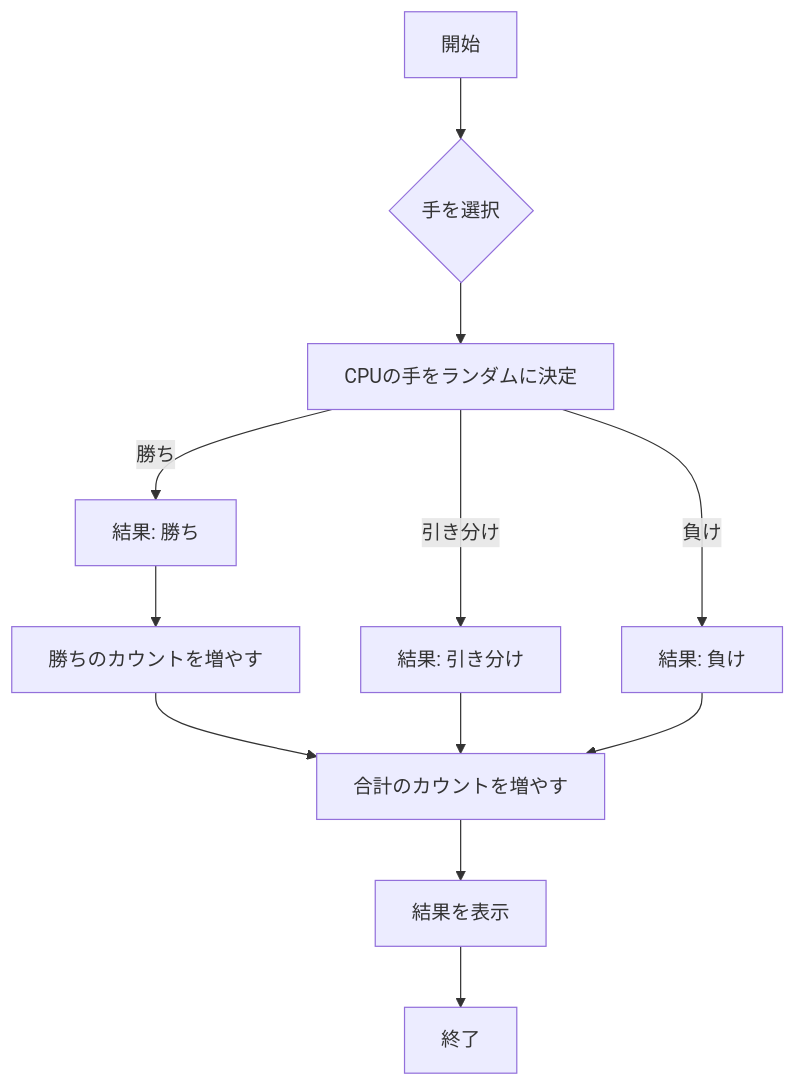
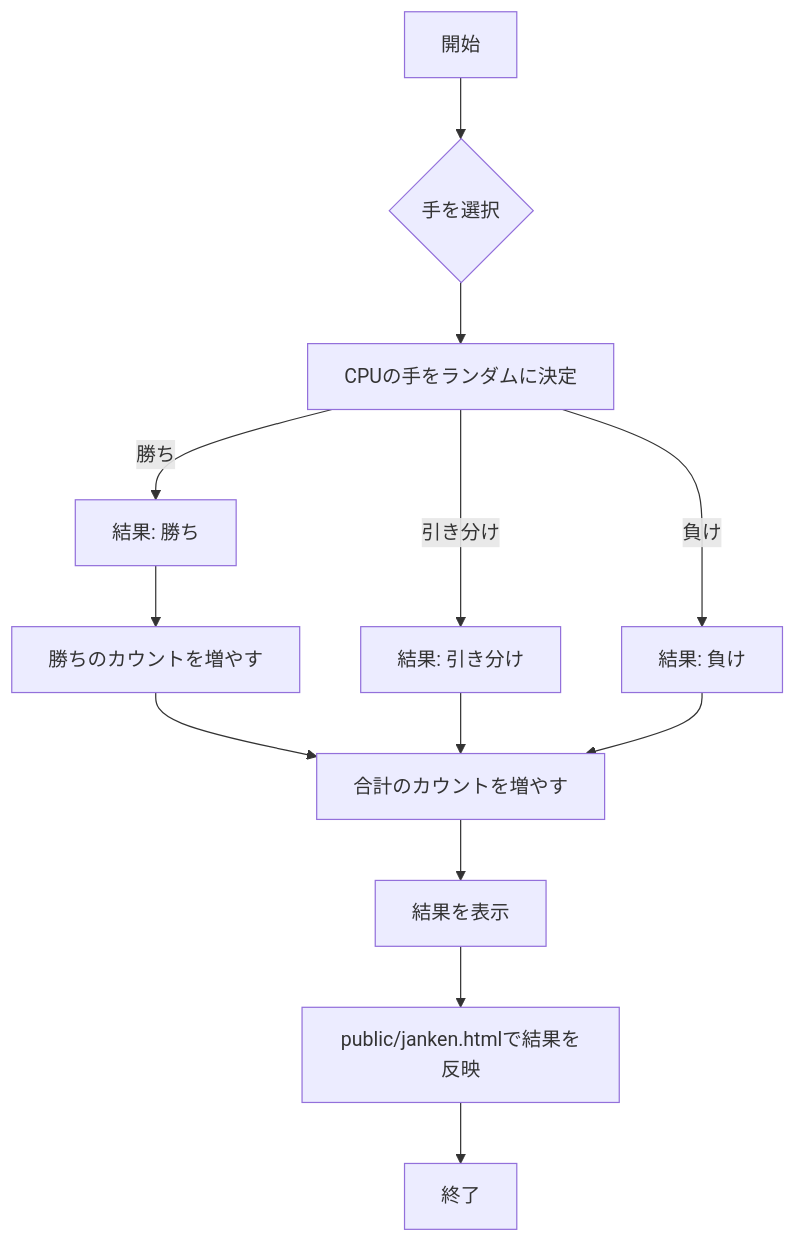
The first of 3 diagrams in README.md (Ogitai/webpro_06), drawn with Mermaid before and after one commit. The commit also changed other lines of this file, not shown here.

````diff
--- a/README.md
+++ b/README.md
@@ -27,14 +31,15 @@
 ```mermaid
 flowchart TD;
     A[開始] --> B{手を選択};
     B --> C[CPUの手をランダムに決定];
     C -->|引き分け| E[結果: 引き分け];
     C -->|勝ち| F[結果: 勝ち];
     F --> G[勝ちのカウントを増やす];
     C -->|負け| H[結果: 負け];
     G --> I[合計のカウントを増やす];
     E --> I;
     H --> I;
     I --> J[結果を表示];
-    J --> K[終了];
+    J --> L[public/janken.htmlで結果を反映];
+    L --> K[終了];
  ```
````
